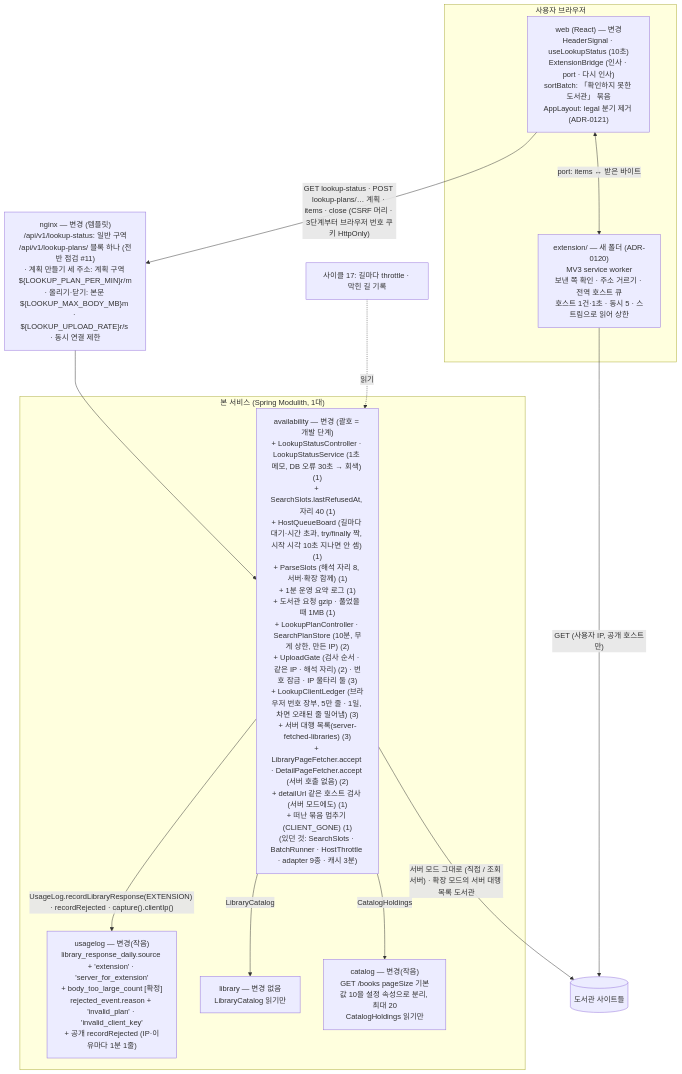
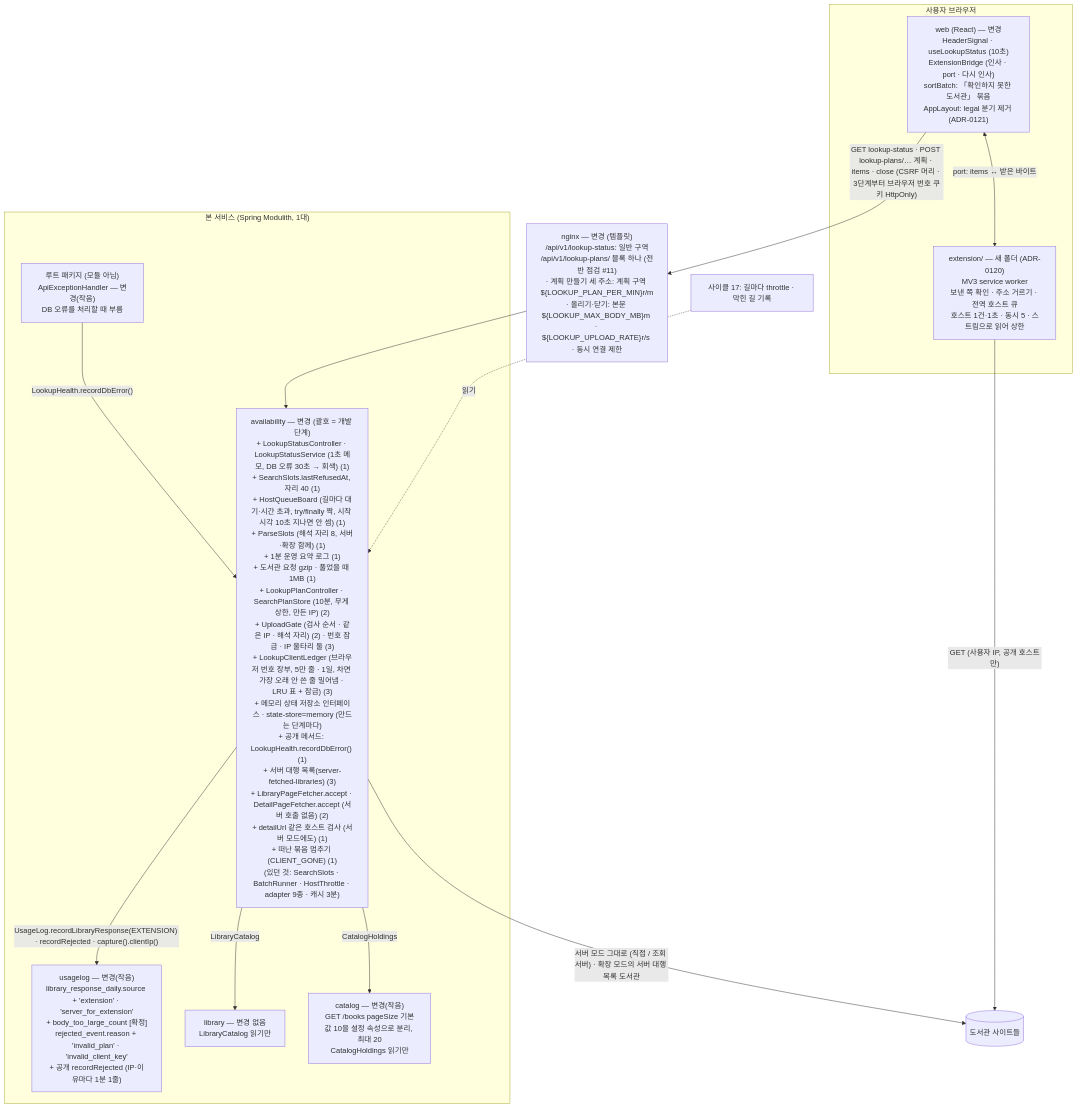
Before and after one commit to hodu-sketch/chaekcheck-plan: the first of 6 diagrams in docs/cycles/20-lookup-status-and-extension/design-delta.md, drawn with Mermaid. The commit also changed other lines of this file and 14 other files, not shown here.

Commit message:
cycle 20: design review decisions (LRU ledger, store interfaces, ADR-0132/0133, DB error path, gray first); merge into docs/current

````diff
--- a/docs/cycles/20-lookup-status-and-extension/design-delta.md
+++ b/docs/cycles/20-lookup-status-and-extension/design-delta.md
@@ -48,22 +49,23 @@
 ```mermaid
 flowchart TB
   subgraph browser["사용자 브라우저"]
     web["web (React) — 변경<br/>HeaderSignal · useLookupStatus (10초)<br/>ExtensionBridge (인사 · port · 다시 인사)<br/>sortBatch: 「확인하지 못한 도서관」 묶음<br/>AppLayout: legal 분기 제거 (ADR-0121)"]
     ext["extension/ — 새 폴더 (ADR-0120)<br/>MV3 service worker<br/>보낸 쪽 확인 · 주소 거르기 · 전역 호스트 큐<br/>호스트 1건·1초 · 동시 5 · 스트림으로 읽어 상한"]
   end
   nginx["nginx — 변경 (템플릿)<br/>/api/v1/lookup-status: 일반 구역<br/>/api/v1/lookup-plans/ 블록 하나 (전반 점검 #11)<br/>· 계획 만들기 세 주소: 계획 구역 ${LOOKUP_PLAN_PER_MIN}r/m<br/>· 올리기·닫기: 본문 ${LOOKUP_MAX_BODY_MB}m · ${LOOKUP_UPLOAD_RATE}r/s · 동시 연결 제한"]
   subgraph main["본 서비스 (Spring Modulith, 1대)"]
-    av["availability — 변경 (괄호 = 개발 단계)<br/>+ LookupStatusController · LookupStatusService (1초 메모, DB 오류 30초 → 회색) (1)<br/>+ SearchSlots.lastRefusedAt, 자리 40 (1)<br/>+ HostQueueBoard (길마다 대기·시간 초과, try/finally 짝, 시작 시각 10초 지나면 안 셈) (1)<br/>+ ParseSlots (해석 자리 8, 서버·확장 함께) (1)<br/>+ 1분 운영 요약 로그 (1)<br/>+ 도서관 요청 gzip · 풀었을 때 1MB (1)<br/>+ LookupPlanController · SearchPlanStore (10분, 무게 상한, 만든 IP) (2)<br/>+ UploadGate (검사 순서 · 같은 IP · 해석 자리) (2) · 번호 잠금 · IP 울타리 둘 (3)<br/>+ LookupClientLedger (브라우저 번호 장부, 5만 줄 · 1일, 차면 오래된 줄 밀어냄) (3)<br/>+ 서버 대행 목록(server-fetched-libraries) (3)<br/>+ LibraryPageFetcher.accept · DetailPageFetcher.accept (서버 호출 없음) (2)<br/>+ detailUrl 같은 호스트 검사 (서버 모드에도) (1)<br/>+ 떠난 묶음 멈추기 (CLIENT_GONE) (1)<br/>(있던 것: SearchSlots · BatchRunner · HostThrottle · adapter 9종 · 캐시 3분)"]
+    av["availability — 변경 (괄호 = 개발 단계)<br/>+ LookupStatusController · LookupStatusService (1초 메모, DB 오류 30초 → 회색) (1)<br/>+ SearchSlots.lastRefusedAt, 자리 40 (1)<br/>+ HostQueueBoard (길마다 대기·시간 초과, try/finally 짝, 시작 시각 10초 지나면 안 셈) (1)<br/>+ ParseSlots (해석 자리 8, 서버·확장 함께) (1)<br/>+ 1분 운영 요약 로그 (1)<br/>+ 도서관 요청 gzip · 풀었을 때 1MB (1)<br/>+ LookupPlanController · SearchPlanStore (10분, 무게 상한, 만든 IP) (2)<br/>+ UploadGate (검사 순서 · 같은 IP · 해석 자리) (2) · 번호 잠금 · IP 울타리 둘 (3)<br/>+ LookupClientLedger (브라우저 번호 장부, 5만 줄 · 1일, 차면 가장 오래 안 쓴 줄 밀어냄 · LRU 표 + 잠금) (3)<br/>+ 메모리 상태 저장소 인터페이스 · state-store=memory (만드는 단계마다)<br/>+ 공개 메서드: LookupHealth.recordDbError() (1)<br/>+ 서버 대행 목록(server-fetched-libraries) (3)<br/>+ LibraryPageFetcher.accept · DetailPageFetcher.accept (서버 호출 없음) (2)<br/>+ detailUrl 같은 호스트 검사 (서버 모드에도) (1)<br/>+ 떠난 묶음 멈추기 (CLIENT_GONE) (1)<br/>(있던 것: SearchSlots · BatchRunner · HostThrottle · adapter 9종 · 캐시 3분)"]
     ul["usagelog — 변경(작음)<br/>library_response_daily.source + 'extension' · 'server_for_extension'<br/>+ body_too_large_count [확정]<br/>rejected_event.reason + 'invalid_plan' · 'invalid_client_key'<br/>+ 공개 recordRejected (IP·이유마다 1분 1줄)"]
     lib["library — 변경 없음<br/>LibraryCatalog 읽기만"]
     cat["catalog — 변경(작음)<br/>GET /books pageSize 기본값 10을 설정 속성으로 분리, 최대 20<br/>CatalogHoldings 읽기만"]
     av -->|"UsageLog.recordLibraryResponse(EXTENSION) · recordRejected · capture().clientIp()"| ul
+    root["루트 패키지 (모듈 아님)<br/>ApiExceptionHandler — 변경(작음)<br/>DB 오류를 처리할 때 부름"] -->|"LookupHealth.recordDbError()"| av
     av -->|"LibraryCatalog"| lib
     av -->|"CatalogHoldings"| cat
   end
   web -->|"GET lookup-status · POST lookup-plans/… 계획 · items · close (CSRF 머리 · 3단계부터 브라우저 번호 쿠키 HttpOnly)"| nginx --> av
   web <-->|"port: items ↔ 받은 바이트"| ext
   ext -->|"GET (사용자 IP, 공개 호스트만)"| sites[("도서관 사이트들")]
   av -->|"서버 모드 그대로 (직접 / 조회 서버) · 확장 모드의 서버 대행 목록 도서관"| sites
   bl["사이클 17: 길마다 throttle · 막힌 길 기록"] -.->|"읽기"| av
 ```
````
